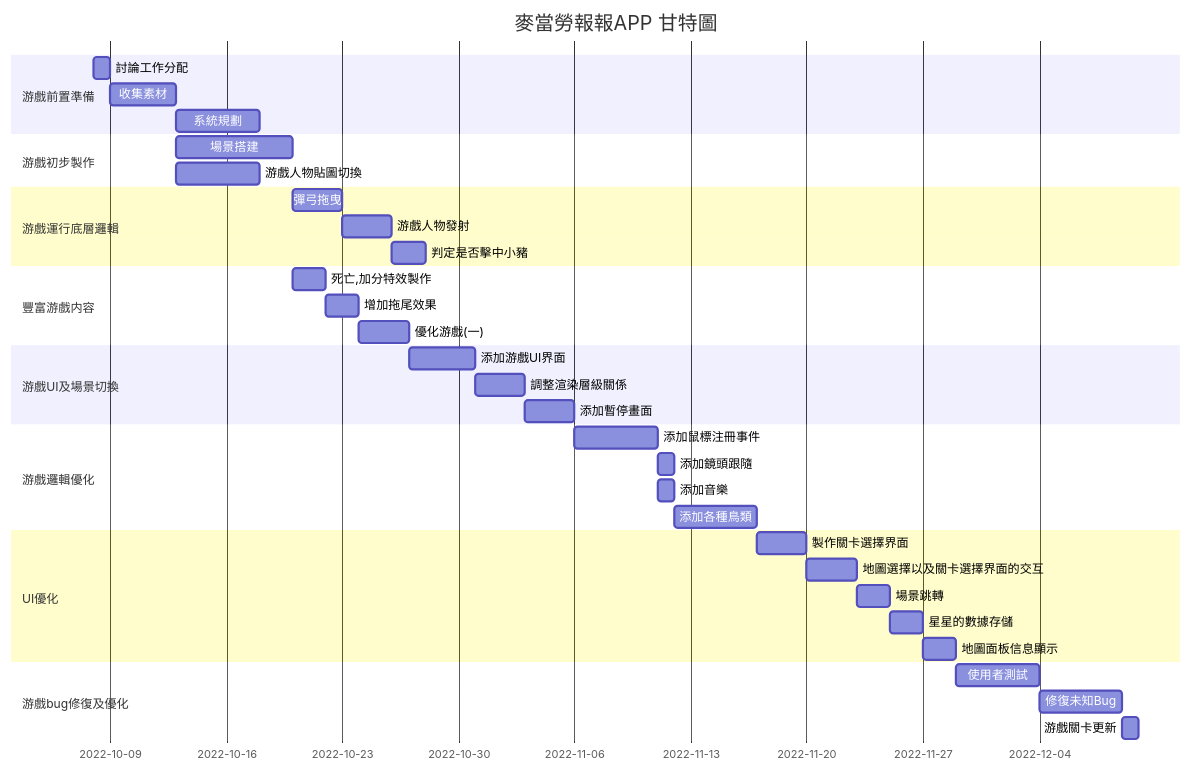
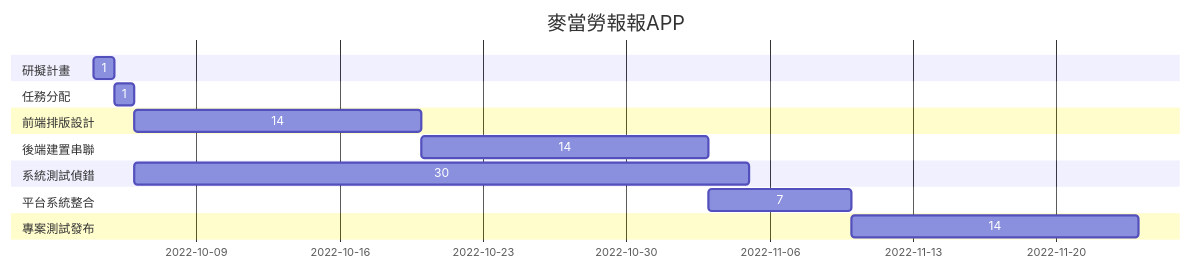
One commit to noman248/teamhw changed the diagram in README.md. Above: the diagram before and after it, drawn with Mermaid. The commit also changed other lines of this file, not shown here.

````diff
--- a/README.md
+++ b/README.md
@@ -30,39 +30,26 @@
 ```mermaid
 gantt
-    title 麥當勞報報APP 甘特圖
-    dateFormat  YYYY-MM-DD
-    section 游戲前置準備
-    討論工作分配           :a1, 2022-10-08, 1d
-    收集素材     :a2, after a1  , 4d
-    系統規劃     :a3, after a2  , 5d
-    section 游戲初步製作
-    場景搭建      :a4, after a2  , 7d
-    游戲人物貼圖切換      :a5, after a2  , 5d
-    section 游戲運行底層邏輯
-    彈弓拖曳      :a6, after a4  , 3d
-    游戲人物發射      :a7, after a6  , 3d
-    判定是否擊中小豬      :a8, after a7, 2d
-    section 豐富游戲内容
-    死亡,加分特效製作     :a9, after a4, 2d
-    增加拖尾效果      :a10, after a9, 2d
-    優化游戲(一)     :a11, after a10, 3d
-    section 游戲UI及場景切換
-    添加游戲UI界面      :a12, after a11, 4d
-    調整渲染層級關係      :a13, after a12, 3d
-    添加暫停畫面      :a14, after a13, 3d
-    section 游戲邏輯優化
-    添加鼠標注冊事件      :a15, after a14, 5d
-    添加鏡頭跟隨      :a16, after a15, 1d
-    添加音樂      :a17, after a15, 1d
-    添加各種鳥類      :a18, after a17, 5d
-    section UI優化
-    製作關卡選擇界面      :a19, after a18, 3d
-    地圖選擇以及關卡選擇界面的交互     :a20, after a19, 3d
-    場景跳轉       :a21, after a20, 2d
-    星星的數據存儲     :a22, after a21, 2d
-    地圖面板信息顯示      :a23, after a22, 2d
-    section 游戲bug修復及優化
-    使用者測試     :a24, after a23, 5d
-    修復未知Bug     :a25, after a24, 5d
-    游戲關卡更新      :a26, after a25,1d
+    title 麥當勞報報APP
+    
+    section 研擬計畫
+    1       :a1, 2022-10-04, 1d
+   
+    section 任務分配
+    1       :a2, after a1  , 1d
+    
+    section 前端排版設計
+    14      :a3, after a2 , 14d
+    
+    section 後端建置串聯
+    14      :a4, after a3  , 14d
+    
+    section 系統測試偵錯
+    30      :a5, after a2  , 30d
+    
+    section 平台系統整合
+    7      :a6, after a4  , 7d
+    
+    section 專案測試發布
+    14      :a7, after a6  , 14d
+   
 ```
````
